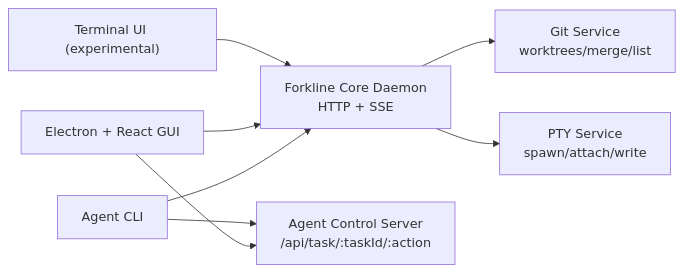
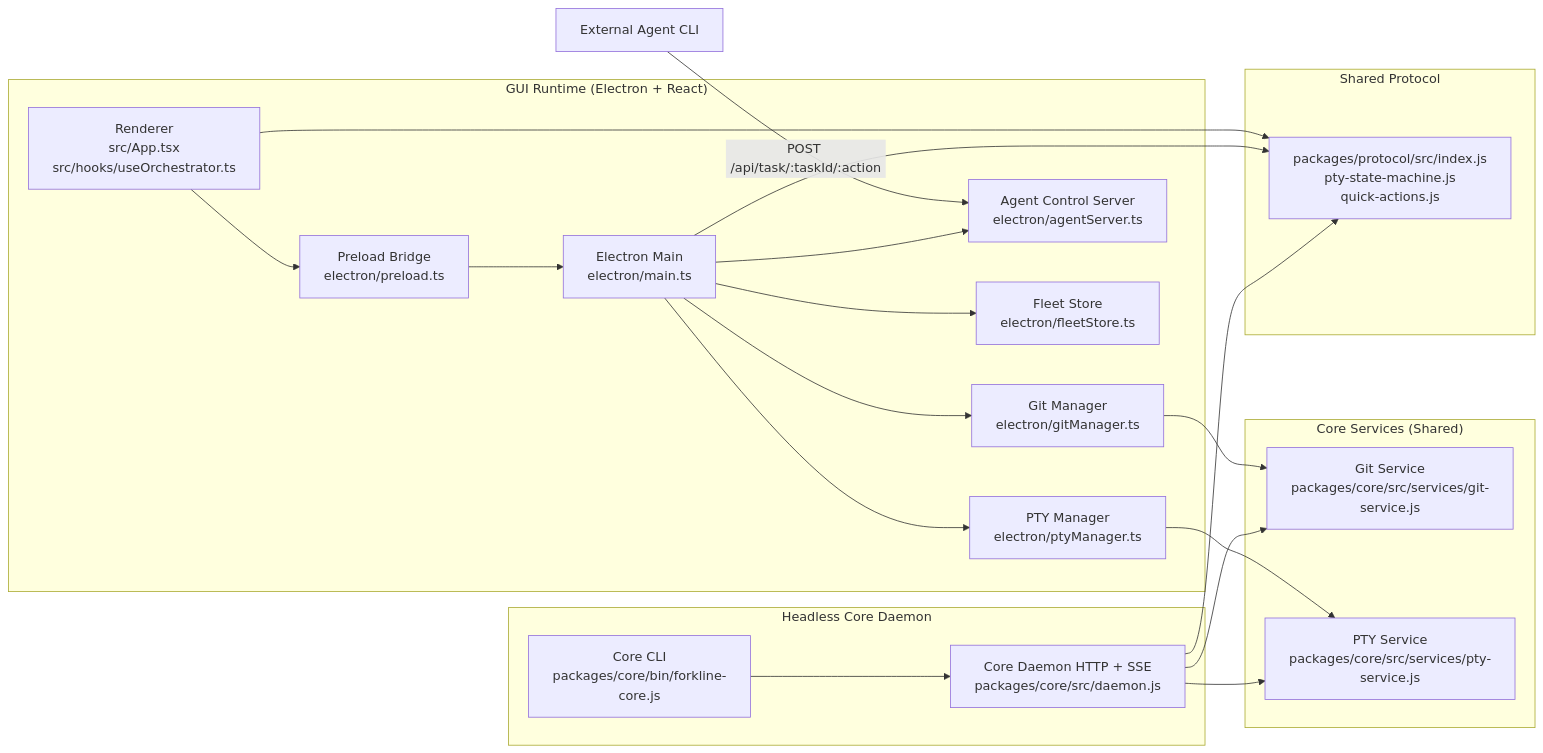
One commit to sahityaPasnoor/forkline changed the diagram in docs/architecture/overview.md. Above: the diagram before and after it, drawn with Mermaid. The commit also changed other lines of this file and 71 other files, not shown here.

````diff
--- a/docs/architecture/overview.md
+++ b/docs/architecture/overview.md
@@ -13,10 +7,39 @@
 ```mermaid
 flowchart LR
-  Agent["Agent CLI"] --> Core["Forkline Core Daemon\nHTTP + SSE"]
-  Core --> Git["Git Service\nworktrees/merge/list"]
-  Core --> Pty["PTY Service\nspawn/attach/write"]
-  GUI["Electron + React GUI"] --> Core
-  TUI["Terminal UI (experimental)"] --> Core
-  GUI --> Control["Agent Control Server\n/api/task/:taskId/:action"]
-  Agent --> Control
+  subgraph GUI["GUI Runtime (Electron + React)"]
+    R["Renderer\nsrc/App.tsx\nsrc/hooks/useOrchestrator.ts"]
+    P["Preload Bridge\nelectron/preload.ts"]
+    M["Electron Main\nelectron/main.ts"]
+    GM["Git Manager\nelectron/gitManager.ts"]
+    PM["PTY Manager\nelectron/ptyManager.ts"]
+    AS["Agent Control Server\nelectron/agentServer.ts"]
+    FS["Fleet Store\nelectron/fleetStore.ts"]
+  end
+
+  subgraph CORE["Core Services (Shared)"]
+    G["Git Service\npackages/core/src/services/git-service.js"]
+    T["PTY Service\npackages/core/src/services/pty-service.js"]
+  end
+
+  subgraph DAEMON["Headless Core Daemon"]
+    D["Core Daemon HTTP + SSE\npackages/core/src/daemon.js"]
+    C["Core CLI\npackages/core/bin/forkline-core.js"]
+  end
+
+  subgraph PROTOCOL["Shared Protocol"]
+    PR["packages/protocol/src/index.js\npty-state-machine.js\nquick-actions.js"]
+  end
+
+  A["External Agent CLI"] -->|"POST /api/task/:taskId/:action"| AS
+  R --> P --> M
+  M --> GM --> G
+  M --> PM --> T
+  M --> AS
+  M --> FS
+  D --> G
+  D --> T
+  C --> D
+  R --> PR
+  M --> PR
+  D --> PR
 ```
````
